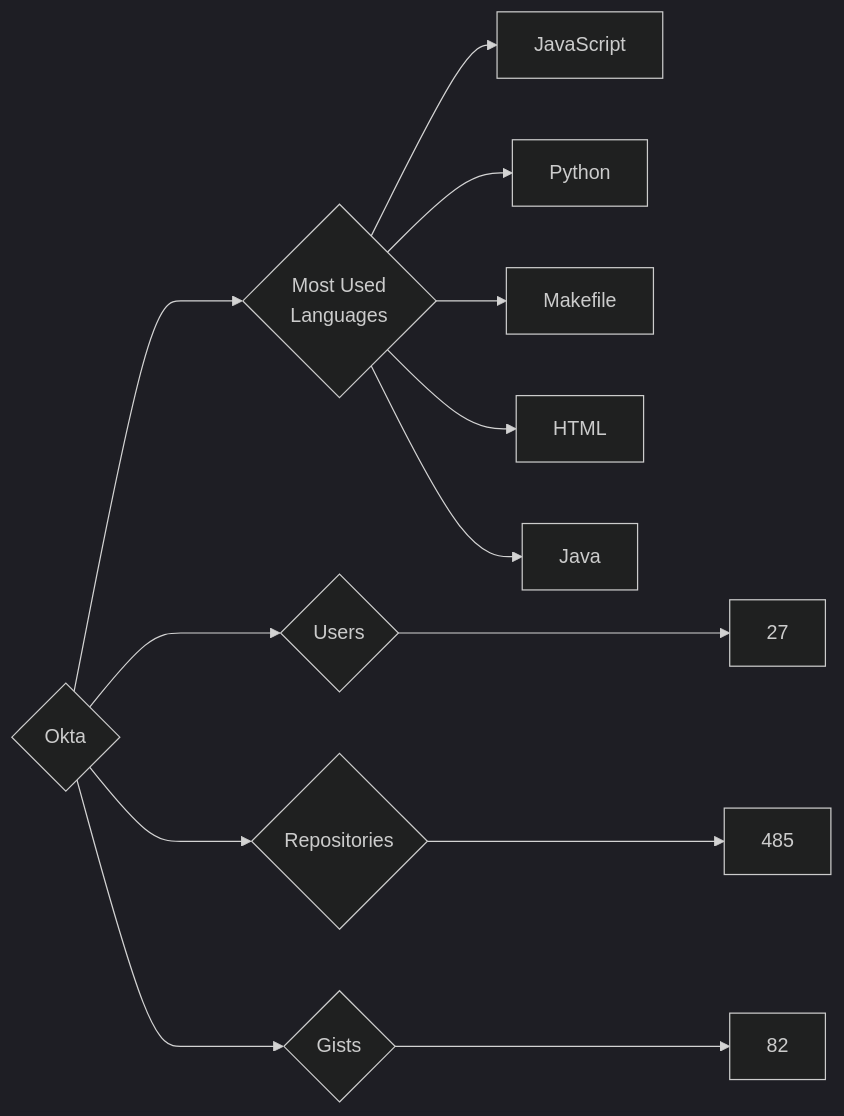
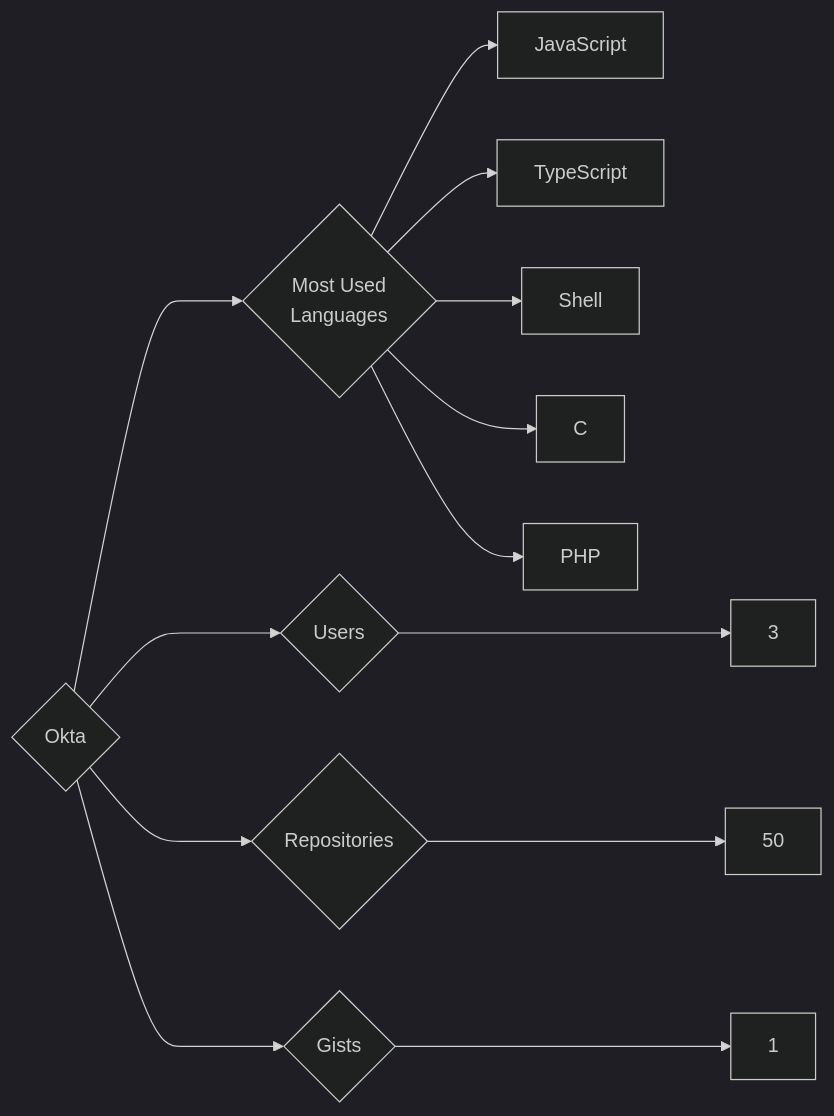
One commit to trickest/insiders changed the diagram in targets/Okta/README.md. Above: the diagram before and after it, drawn with Mermaid (dark theme). The commit also changed 995 other files, not shown here.

````diff
--- a/targets/Okta/README.md
+++ b/targets/Okta/README.md
@@ -3,13 +3,13 @@
 ```mermaid
 graph LR
 COMPANY_NAME{Okta}
-COMPANY_NAME ---> U{Users} ---> UN[27]
-COMPANY_NAME ---> R{Repositories} ---> RN[485]
-COMPANY_NAME ---> G{Gists} ---> GN[82]
+COMPANY_NAME ---> U{Users} ---> UN[3]
+COMPANY_NAME ---> R{Repositories} ---> RN[50]
+COMPANY_NAME ---> G{Gists} ---> GN[1]
 COMPANY_NAME ---> ML{Most Used<br>Languages}
 ML --> JavaScript[JavaScript]
-ML --> Python[Python]
-ML --> Makefile[Makefile]
-ML --> HTML[HTML]
-ML --> Java[Java]
+ML --> TypeScript[TypeScript]
+ML --> Shell[Shell]
+ML --> C[C]
+ML --> PHP[PHP]
 ```
````
